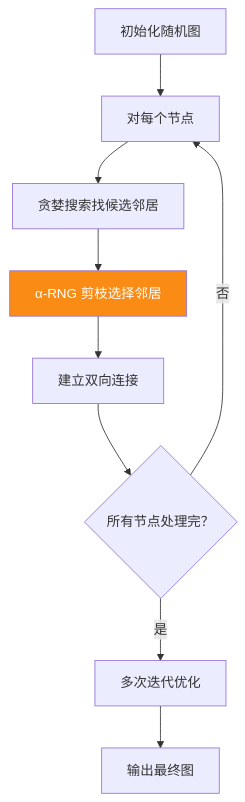
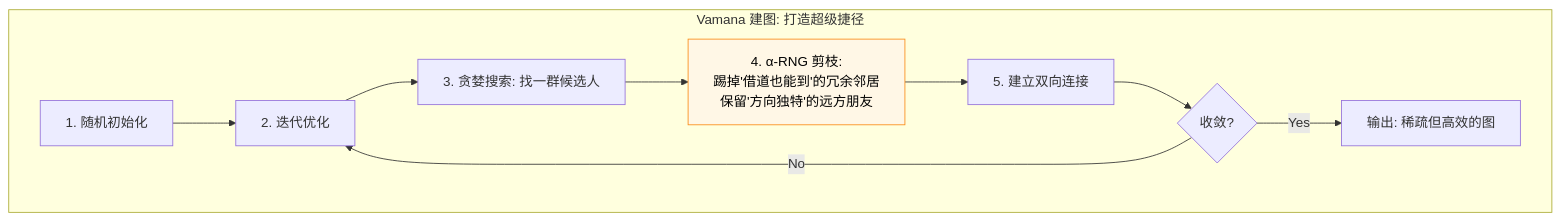
One commit to ThreeFish-AI/agentic-ai-cognizes changed diagram 17 of 36 in docs/research/003-vector-search-algorithm.md. Above: the diagram before and after it, drawn with Mermaid. The commit also changed other lines of this file, not shown here.

First line of the commit message:
docs(Research): 优化 Vamana、DiskANN 与 ScaNN 章节的表达;

````diff
--- a/docs/research/003-vector-search-algorithm.md
+++ b/docs/research/003-vector-search-algorithm.md
@@ -1366,13 +1363,15 @@
 ```mermaid
-flowchart TD
-    A[初始化随机图] --> B[对每个节点]
-    B --> C[贪婪搜索找候选邻居]
-    C --> D[α-RNG 剪枝选择邻居]
-    D --> E[建立双向连接]
-    E --> F{所有节点处理完？}
-    F --> |否| B
-    F --> |是| G[多次迭代优化]
-    G --> H[输出最终图]
+flowchart LR
+    subgraph "Vamana 建图: 打造超级捷径"
+        direction LR
+        Init[1. 随机初始化] --> Iter[2. 迭代优化]
+        Iter --> Search[3. 贪婪搜索: 找一群候选人]
+        Search --> Prune[4. α-RNG 剪枝: <br/>踢掉'借道也能到'的冗余邻居<br/>保留'方向独特'的远方朋友]
+        Prune --> Link[5. 建立双向连接]
+        Link --> Check{收敛?}
+        Check -->|No| Iter
+        Check -->|Yes| Finish[输出: 稀疏但高效的图]
+    end
 
-    style D fill:#fa8c16,color:#fff
+    style Prune fill:#fff7e6,stroke:#fa8c16,color:#000
 ```
````
